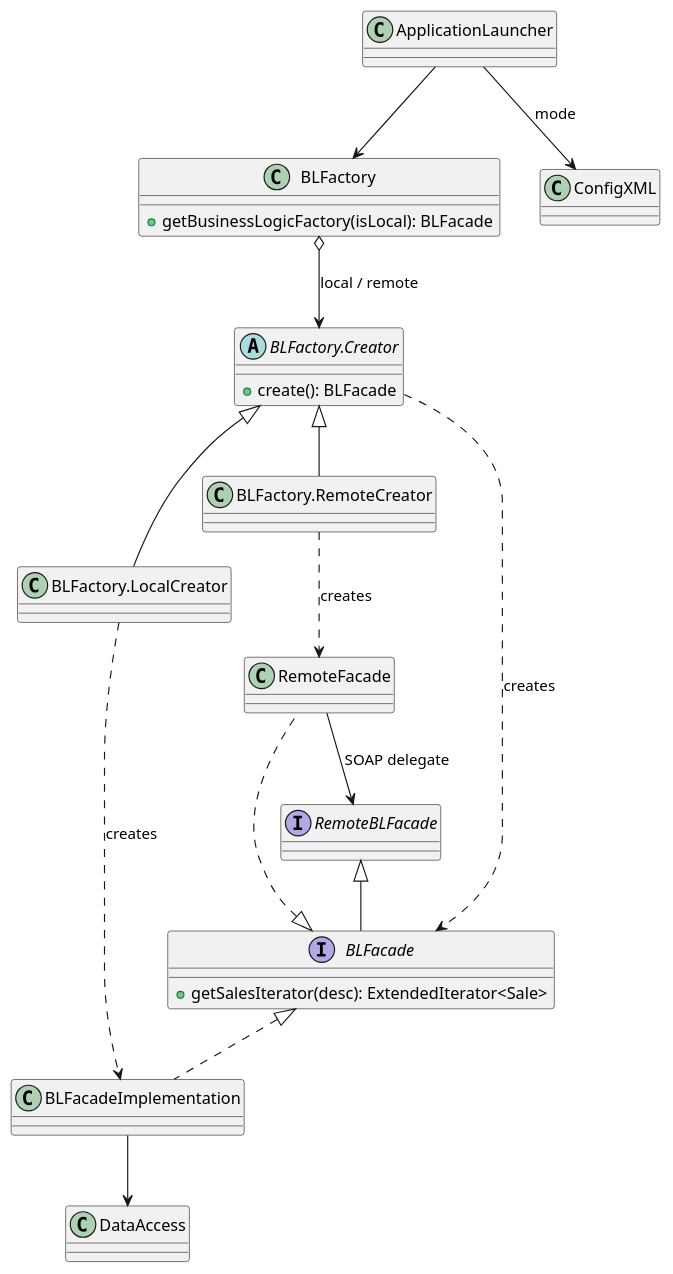
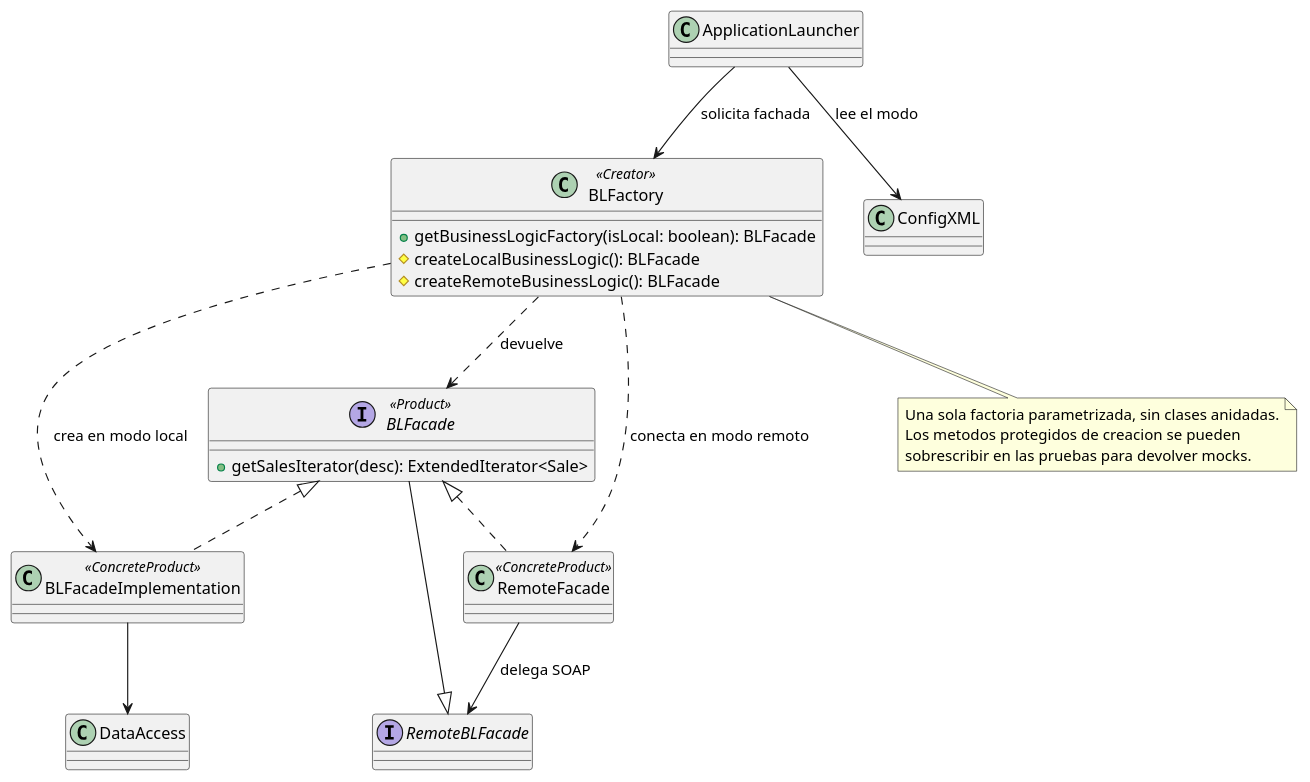
The diagram in doc/patterns/factory.puml (YerayOrdoki/proiektua2), drawn with PlantUML before and after one commit. The commit also changed 4 other files, not shown here.

Commit message:
refactor: simplify business logic factory and align tests, UML and delivery documentation

```diff
--- a/doc/patterns/factory.puml
+++ b/doc/patterns/factory.puml
@@ -1,32 +1,31 @@
 @startuml
-abstract class "BLFactory.Creator" as Creator {
- +create(): BLFacade
+class BLFactory <<Creator>> {
+ +getBusinessLogicFactory(isLocal: boolean): BLFacade
+ #createLocalBusinessLogic(): BLFacade
+ #createRemoteBusinessLogic(): BLFacade
 }
-class "BLFactory.LocalCreator" as LocalCreator
-class "BLFactory.RemoteCreator" as RemoteCreator
-interface BLFacade {
+interface BLFacade <<Product>> {
  +getSalesIterator(desc): ExtendedIterator<Sale>
 }
 interface RemoteBLFacade
-class BLFacadeImplementation
-class RemoteFacade
-class BLFactory {
- +getBusinessLogicFactory(isLocal): BLFacade
-}
+class BLFacadeImplementation <<ConcreteProduct>>
+class RemoteFacade <<ConcreteProduct>>
 class ApplicationLauncher
+class ConfigXML
 class DataAccess
-class ConfigXML
-Creator <|-- LocalCreator
-Creator <|-- RemoteCreator
-Creator ..> BLFacade : creates
-LocalCreator ..> BLFacadeImplementation : creates
-RemoteCreator ..> RemoteFacade : creates
+ApplicationLauncher --> ConfigXML : lee el modo
+ApplicationLauncher --> BLFactory : solicita fachada
+BLFactory ..> BLFacade : devuelve
+BLFactory ..> BLFacadeImplementation : crea en modo local
+BLFactory ..> RemoteFacade : conecta en modo remoto
 BLFacade <|.. BLFacadeImplementation
 BLFacade <|.. RemoteFacade
 RemoteBLFacade <|-- BLFacade
-RemoteFacade --> RemoteBLFacade : SOAP delegate
 BLFacadeImplementation --> DataAccess
-ApplicationLauncher --> BLFactory
-ApplicationLauncher --> ConfigXML : mode
-BLFactory o--> Creator : local / remote
+RemoteFacade --> RemoteBLFacade : delega SOAP
+note bottom of BLFactory
+ Una sola factoria parametrizada, sin clases anidadas.
+ Los metodos protegidos de creacion se pueden
+ sobrescribir en las pruebas para devolver mocks.
+end note
 @enduml
```
